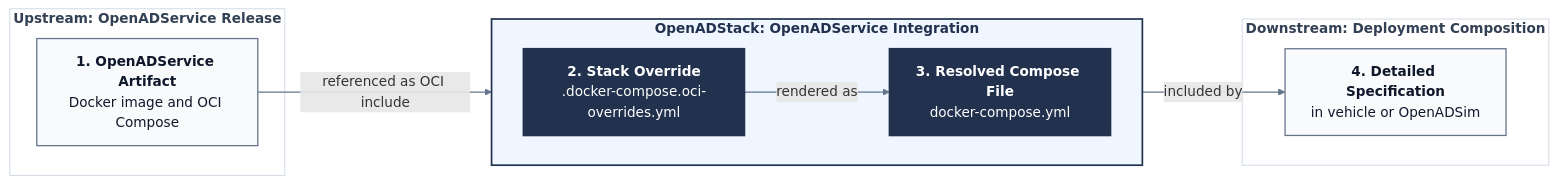
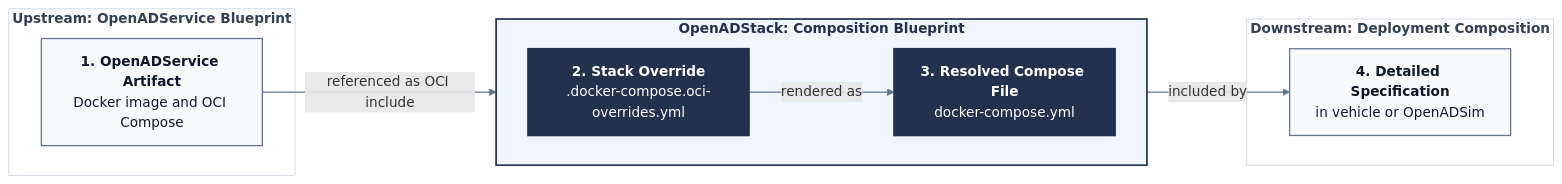
Before and after one commit to openads-project/openadstack: the diagram in docs/integration-architecture.md, drawn with Mermaid. The commit also changed 2 other files, not shown here.

````diff
--- a/docs/integration-architecture.md
+++ b/docs/integration-architecture.md
@@ -17,32 +17,32 @@
 ```mermaid
 flowchart LR
-    subgraph upstream["<b>Upstream: OpenADService Release</b>"]
+    subgraph upstream["<b>Upstream: OpenADService Blueprint</b>"]
         L1["<b>1. OpenADService Artifact</b><br/>Docker image and OCI Compose"]
     end
 
-    subgraph stack["<b>OpenADStack: OpenADService Integration</b>"]
+    subgraph stack["<b>OpenADStack: Composition Blueprint</b>"]
         direction LR
         L2["<b>2. Stack Override</b><br/>.docker-compose.oci-overrides.yml"]
         L3["<b>3. Resolved Compose File</b><br/>docker-compose.yml"]
         L2 -->|rendered as| L3
     end
 
     subgraph downstream["<b>Downstream: Deployment Composition</b>"]
         L4["<b>4. Detailed Specification</b><br/>in vehicle or OpenADSim"]
     end
 
     L1 -->|referenced as OCI include| L2
     L3 -->|included by| L4
 
     classDef external fill:#F8FAFC,color:#0F172A,stroke:#64748B,stroke-width:1.5px
     classDef openadstack fill:#22314E,color:#FFFFFF,stroke:#22314E,stroke-width:2px
 
     class L1,L4 external
     class L2,L3 openadstack
 
     style upstream fill:#FFFFFF,color:#334155,stroke:#CBD5E1,stroke-width:1px
     style stack fill:#EFF6FF,color:#22314E,stroke:#22314E,stroke-width:2px
     style downstream fill:#FFFFFF,color:#334155,stroke:#CBD5E1,stroke-width:1px
 
     linkStyle default stroke:#64748B,stroke-width:1.5px
 ```
````
